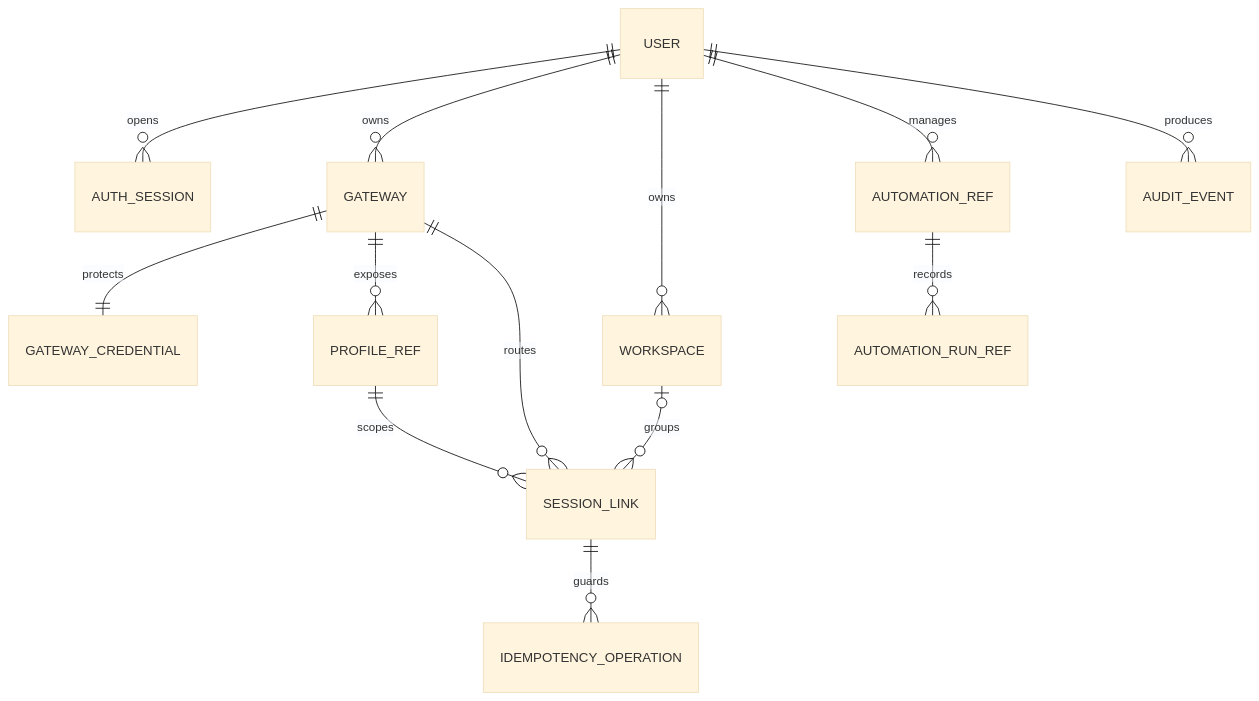
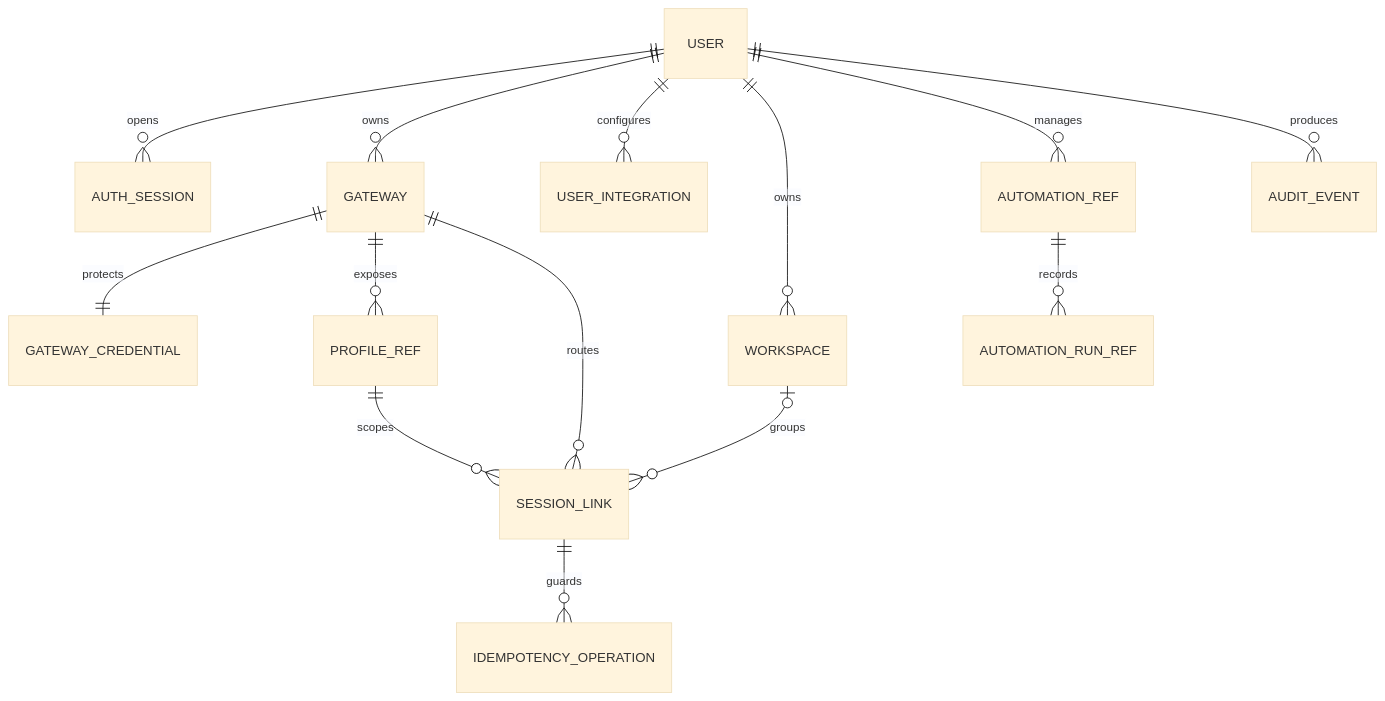
The diagram in docs/data-model.md (jrterven/agent-control), drawn with Mermaid (base theme) before and after one commit. The commit also changed other lines of this file and 51 other files, not shown here.

````diff
--- a/docs/data-model.md
+++ b/docs/data-model.md
@@ -3,15 +3,16 @@
 ```mermaid
 erDiagram
     USER ||--o{ AUTH_SESSION : opens
     USER ||--o{ GATEWAY : owns
+    USER ||--o{ USER_INTEGRATION : configures
     GATEWAY ||--|| GATEWAY_CREDENTIAL : protects
     GATEWAY ||--o{ PROFILE_REF : exposes
     USER ||--o{ WORKSPACE : owns
     WORKSPACE o|--o{ SESSION_LINK : groups
     GATEWAY ||--o{ SESSION_LINK : routes
     PROFILE_REF ||--o{ SESSION_LINK : scopes
     SESSION_LINK ||--o{ IDEMPOTENCY_OPERATION : guards
     USER ||--o{ AUTOMATION_REF : manages
     AUTOMATION_REF ||--o{ AUTOMATION_RUN_REF : records
     USER ||--o{ AUDIT_EVENT : produces
 ```
````
